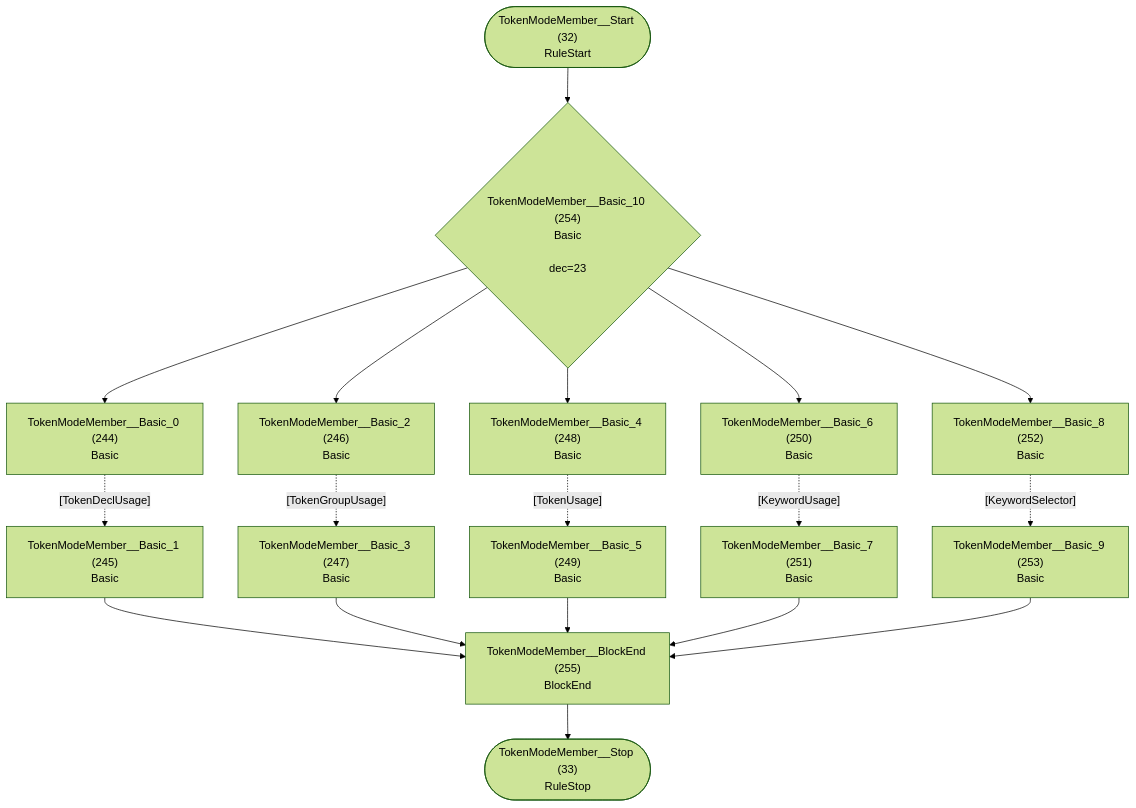
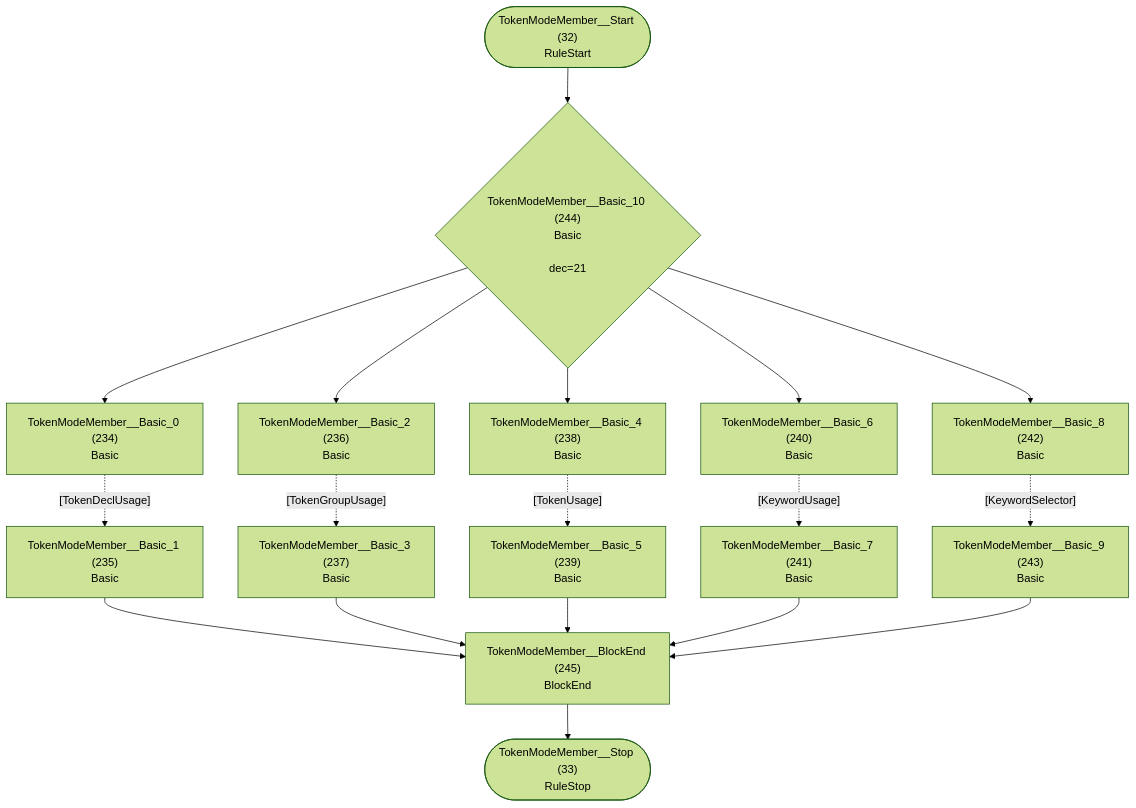
One commit to TypeFox/fastbelt changed diagram 17 of 40 in internal/grammar/atn.md. Above: the diagram before and after it, drawn with Mermaid (forest theme). The commit also changed other lines of this file and 145 other files, not shown here.

````diff
--- a/internal/grammar/atn.md
+++ b/internal/grammar/atn.md
@@ -526,35 +504,35 @@
 ```mermaid
 flowchart TD
     q32(["TokenModeMember__Start (32)<br/>RuleStart"])
     q33(["TokenModeMember__Stop (33)<br/>RuleStop"])
-    q244["TokenModeMember__Basic_0 (244)<br/>Basic<br/>"]
-    q245["TokenModeMember__Basic_1 (245)<br/>Basic<br/>"]
-    q246["TokenModeMember__Basic_2 (246)<br/>Basic<br/>"]
-    q247["TokenModeMember__Basic_3 (247)<br/>Basic<br/>"]
-    q248["TokenModeMember__Basic_4 (248)<br/>Basic<br/>"]
-    q249["TokenModeMember__Basic_5 (249)<br/>Basic<br/>"]
-    q250["TokenModeMember__Basic_6 (250)<br/>Basic<br/>"]
-    q251["TokenModeMember__Basic_7 (251)<br/>Basic<br/>"]
-    q252["TokenModeMember__Basic_8 (252)<br/>Basic<br/>"]
-    q253["TokenModeMember__Basic_9 (253)<br/>Basic<br/>"]
-    q254{"TokenModeMember__Basic_10 (254)<br/>Basic<br/><br/>dec=23"}
-    q255["TokenModeMember__BlockEnd (255)<br/>BlockEnd<br/>"]
+    q234["TokenModeMember__Basic_0 (234)<br/>Basic<br/>"]
+    q235["TokenModeMember__Basic_1 (235)<br/>Basic<br/>"]
+    q236["TokenModeMember__Basic_2 (236)<br/>Basic<br/>"]
+    q237["TokenModeMember__Basic_3 (237)<br/>Basic<br/>"]
+    q238["TokenModeMember__Basic_4 (238)<br/>Basic<br/>"]
+    q239["TokenModeMember__Basic_5 (239)<br/>Basic<br/>"]
+    q240["TokenModeMember__Basic_6 (240)<br/>Basic<br/>"]
+    q241["TokenModeMember__Basic_7 (241)<br/>Basic<br/>"]
+    q242["TokenModeMember__Basic_8 (242)<br/>Basic<br/>"]
+    q243["TokenModeMember__Basic_9 (243)<br/>Basic<br/>"]
+    q244{"TokenModeMember__Basic_10 (244)<br/>Basic<br/><br/>dec=21"}
+    q245["TokenModeMember__BlockEnd (245)<br/>BlockEnd<br/>"]
 
-    q32 --> q254
-    q244 -.->|"[TokenDeclUsage]"| q245
-    q245 --> q255
-    q246 -.->|"[TokenGroupUsage]"| q247
-    q247 --> q255
-    q248 -.->|"[TokenUsage]"| q249
-    q249 --> q255
-    q250 -.->|"[KeywordUsage]"| q251
-    q251 --> q255
-    q252 -.->|"[KeywordSelector]"| q253
-    q253 --> q255
-    q254 --> q244
-    q254 --> q246
-    q254 --> q248
-    q254 --> q250
-    q254 --> q252
-    q255 --> q33
+    q32 --> q244
+    q234 -.->|"[TokenDeclUsage]"| q235
+    q235 --> q245
+    q236 -.->|"[TokenGroupUsage]"| q237
+    q237 --> q245
+    q238 -.->|"[TokenUsage]"| q239
+    q239 --> q245
+    q240 -.->|"[KeywordUsage]"| q241
+    q241 --> q245
+    q242 -.->|"[KeywordSelector]"| q243
+    q243 --> q245
+    q244 --> q234
+    q244 --> q236
+    q244 --> q238
+    q244 --> q240
+    q244 --> q242
+    q245 --> q33
 ```
````
